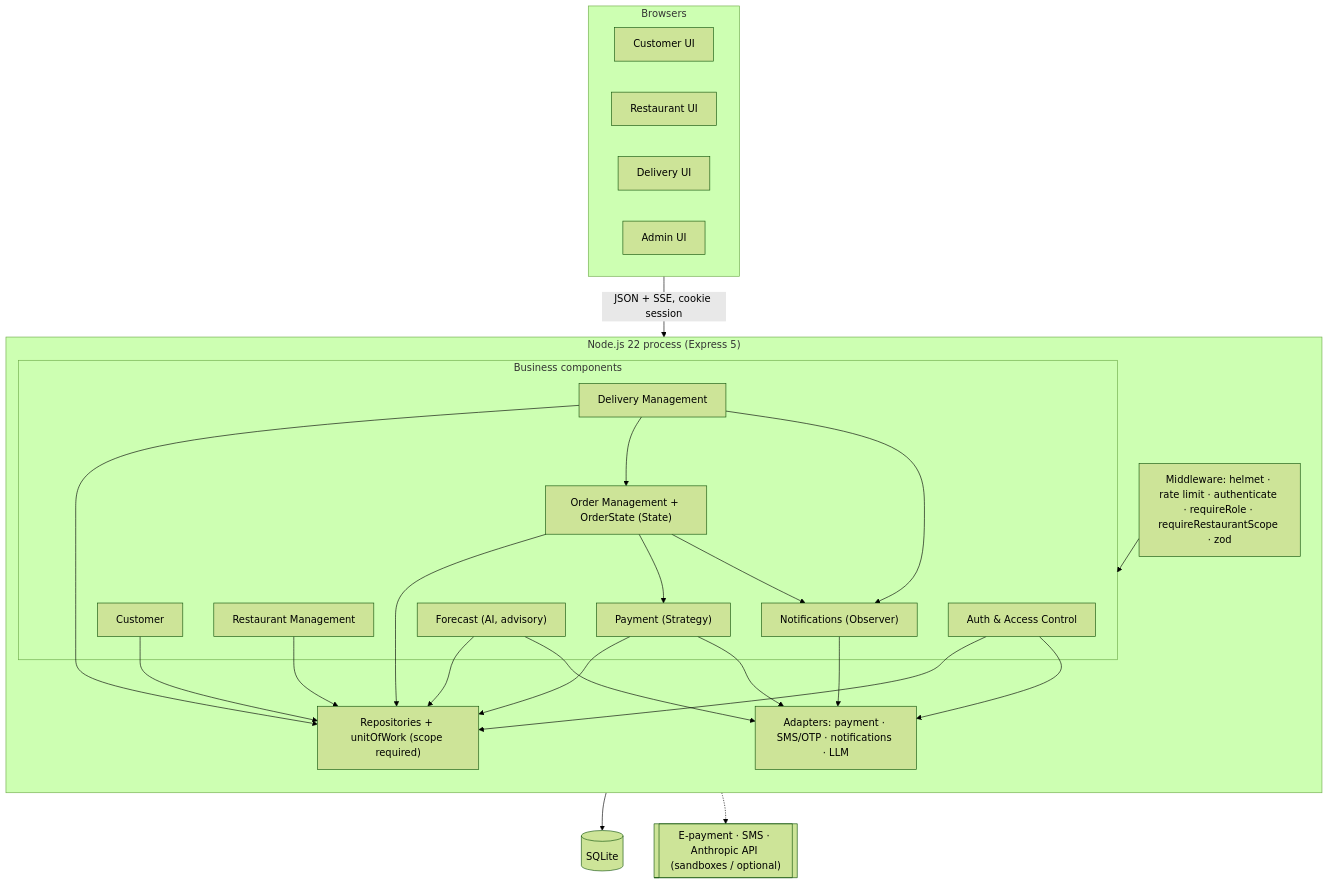
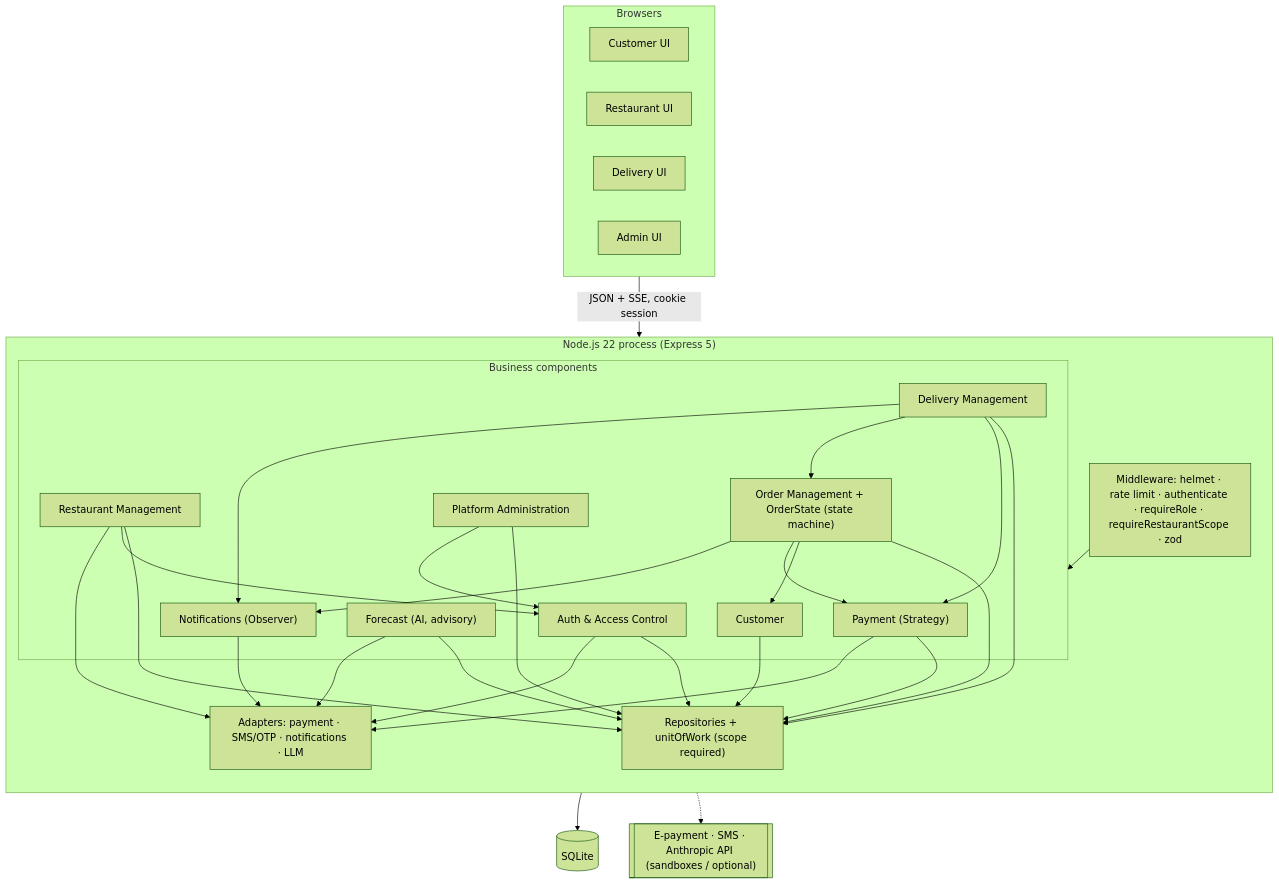
One commit to HamzaBL04/FoodGO changed the first of 2 diagrams in docs/architecture.md. Above: the diagram before and after it, drawn with Mermaid (forest theme). The commit also changed other lines of this file and 32 other files, not shown here.

````diff
--- a/docs/architecture.md
+++ b/docs/architecture.md
@@ -15,31 +15,35 @@
 ```mermaid
 flowchart TB
   subgraph Browser["Browsers"]
     CUI[Customer UI] & RUI[Restaurant UI] & DUI[Delivery UI] & AUI[Admin UI]
   end
   subgraph Server["Node.js 22 process (Express 5)"]
     direction TB
     MW["Middleware: helmet · rate limit · authenticate · requireRole · requireRestaurantScope · zod"]
     subgraph B["Business components"]
       AUTH[Auth & Access Control]
       CUS[Customer]
       RM[Restaurant Management]
-      OM["Order Management + OrderState (State)"]
+      OM["Order Management + OrderState (state machine)"]
       DM[Delivery Management]
       PC["Payment (Strategy)"]
       NC["Notifications (Observer)"]
       FC["Forecast (AI, advisory)"]
+      ADM[Platform Administration]
     end
     REPO["Repositories + unitOfWork (scope required)"]
     ADP["Adapters: payment · SMS/OTP · notifications · LLM"]
   end
   DB[(SQLite)]
   EXT[["E-payment · SMS · Anthropic API (sandboxes / optional)"]]
 
   Browser -- "JSON + SSE, cookie session" --> MW --> B
-  AUTH & CUS & RM & OM & DM & PC & FC --> REPO --> DB
+  AUTH & CUS & RM & OM & DM & PC & FC & ADM --> REPO --> DB
+  OM --> CUS
   OM --> PC
+  DM --> PC
   DM --> OM
   OM & DM --> NC
-  PC & AUTH & NC & FC --> ADP -.-> EXT
+  RM & ADM --> AUTH
+  PC & AUTH & NC & FC & RM --> ADP -.-> EXT
 ```
````
